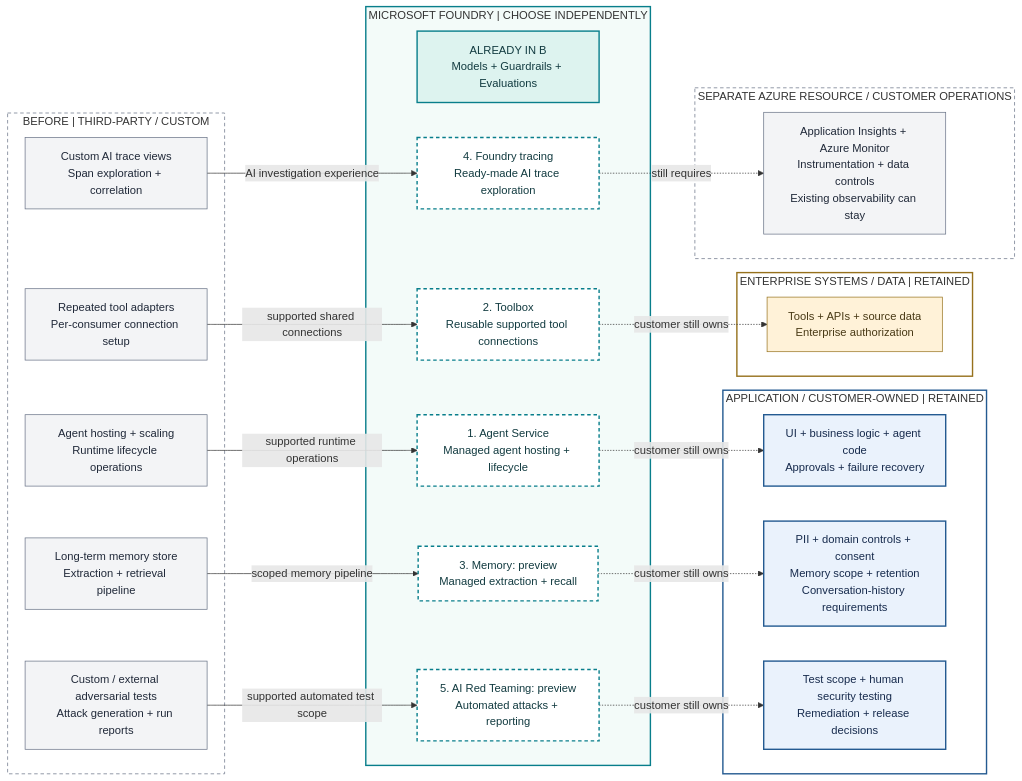
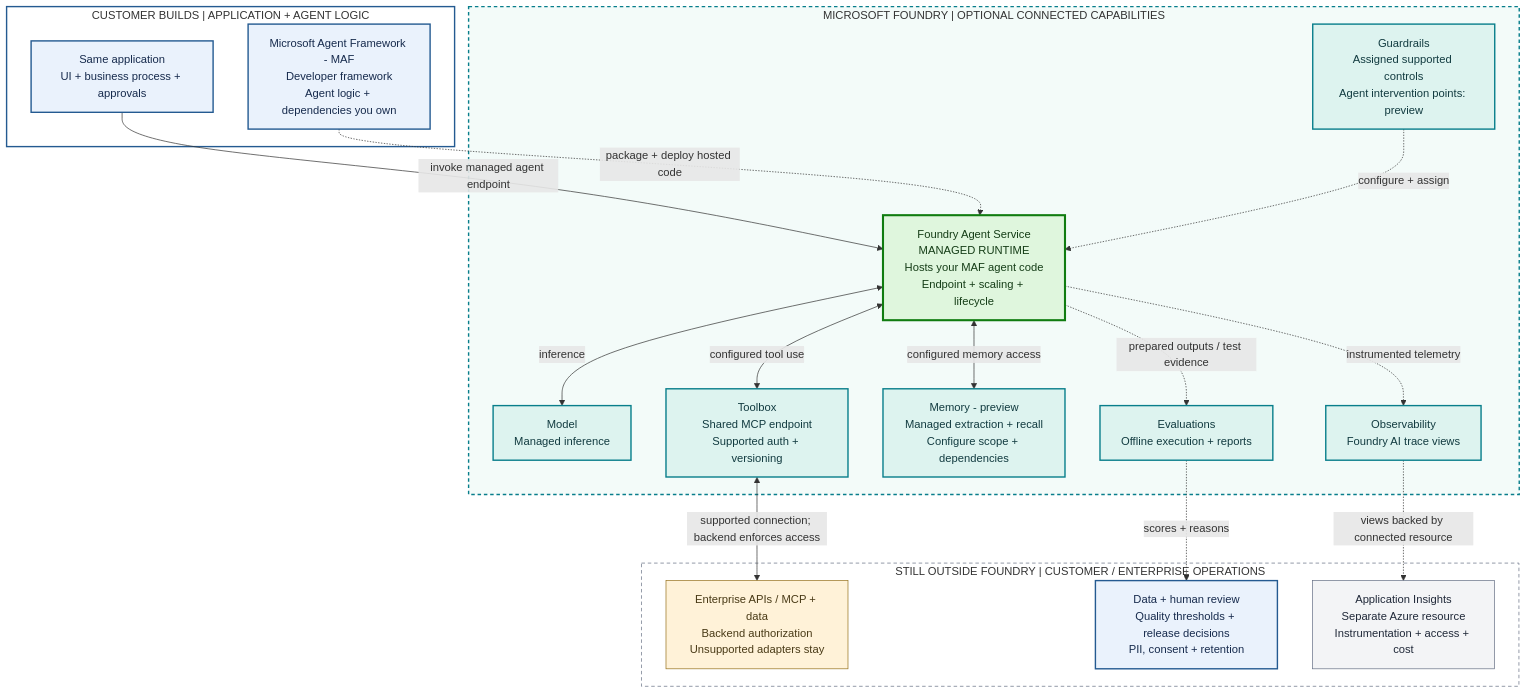
One commit to ZahraAsadiMSFT/foundry-beyond-models changed the diagram in docs/architecture/03-deeper-foundry.md. Above: the diagram before and after it, drawn with Mermaid. The commit also changed other lines of this file and 4 other files, not shown here.

Commit message:
Strengthen architecture visuals and add overview image

````diff
--- a/docs/architecture/03-deeper-foundry.md
+++ b/docs/architecture/03-deeper-foundry.md
@@ -7,54 +7,45 @@
 ```mermaid
-flowchart LR
-    subgraph EXT["BEFORE | THIRD-PARTY / CUSTOM"]
-        Hosting["Agent hosting + scaling<br/>Runtime lifecycle operations"]
-        Connections["Repeated tool adapters<br/>Per-consumer connection setup"]
-        Store["Long-term memory store<br/>Extraction + retrieval pipeline"]
-        Views["Custom AI trace views<br/>Span exploration + correlation"]
-        Attacks["Custom / external adversarial tests<br/>Attack generation + run reports"]
+flowchart TB
+    subgraph APP["CUSTOMER BUILDS | APPLICATION + AGENT LOGIC"]
+        App["Same application<br/>UI + business process + approvals"]
+        MAF["Microsoft Agent Framework - MAF<br/>Developer framework<br/>Agent logic + dependencies you own"]
     end
-    subgraph FOUNDRY["MICROSOFT FOUNDRY | CHOOSE INDEPENDENTLY"]
-        Baseline["ALREADY IN B<br/>Models + Guardrails + Evaluations"]
-        Runtime["1. Agent Service<br/>Managed agent hosting + lifecycle"]
-        Toolbox["2. Toolbox<br/>Reusable supported tool connections"]
-        Memory["3. Memory: preview<br/>Managed extraction + recall"]
-        Trace["4. Foundry tracing<br/>Ready-made AI trace exploration"]
-        Red["5. AI Red Teaming: preview<br/>Automated attacks + reporting"]
+    subgraph FOUNDRY["MICROSOFT FOUNDRY | OPTIONAL CONNECTED CAPABILITIES"]
+        Runtime["Foundry Agent Service<br/>MANAGED RUNTIME<br/>Hosts your MAF agent code<br/>Endpoint + scaling + lifecycle"]
+        Model["Model<br/>Managed inference"]
+        Policy["Guardrails<br/>Assigned supported controls<br/>Agent intervention points: preview"]
+        Toolbox["Toolbox<br/>Shared MCP endpoint<br/>Supported auth + versioning"]
+        Memory["Memory - preview<br/>Managed extraction + recall<br/>Configure scope + dependencies"]
+        Eval["Evaluations<br/>Offline execution + reports"]
+        Trace["Observability<br/>Foundry AI trace views"]
     end
-    subgraph APP["APPLICATION / CUSTOMER-OWNED | RETAINED"]
-        App["UI + business logic + agent code<br/>Approvals + failure recovery"]
-        Data["PII + domain controls + consent<br/>Memory scope + retention<br/>Conversation-history requirements"]
-        Review["Test scope + human security testing<br/>Remediation + release decisions"]
+    subgraph RETAINED["STILL OUTSIDE FOUNDRY | CUSTOMER / ENTERPRISE OPERATIONS"]
+        Tools["Enterprise APIs / MCP + data<br/>Backend authorization<br/>Unsupported adapters stay"]
+        Review["Data + human review<br/>Quality thresholds + release decisions<br/>PII, consent + retention"]
+        Monitor["Application Insights<br/>Separate Azure resource<br/>Instrumentation + access + cost"]
     end
-    subgraph ENT["ENTERPRISE SYSTEMS / DATA | RETAINED"]
-        Tools["Tools + APIs + source data<br/>Enterprise authorization"]
-    end
-    subgraph AZURE["SEPARATE AZURE RESOURCE / CUSTOMER OPERATIONS"]
-        Monitor["Application Insights + Azure Monitor<br/>Instrumentation + data controls<br/>Existing observability can stay"]
-    end
-    Hosting -->|"supported runtime operations"| Runtime
-    Connections -->|"supported shared connections"| Toolbox
-    Store -->|"scoped memory pipeline"| Memory
-    Views -->|"AI investigation experience"| Trace
-    Attacks -->|"supported automated test scope"| Red
-    Runtime -.->|"customer still owns"| App
-    Toolbox -.->|"customer still owns"| Tools
-    Memory -.->|"customer still owns"| Data
-    Trace -.->|"still requires"| Monitor
-    Red -.->|"customer still owns"| Review
+    App -->|"invoke managed agent endpoint"| Runtime
+    MAF -.->|"package + deploy hosted code"| Runtime
+    Runtime <-->|"inference"| Model
+    Policy -.->|"configure + assign"| Runtime
+    Runtime <-->|"configured tool use"| Toolbox
+    Runtime <-->|"configured memory access"| Memory
+    Runtime -.->|"prepared outputs / test evidence"| Eval
+    Runtime -.->|"instrumented telemetry"| Trace
+    Toolbox <-->|"supported connection; backend enforces access"| Tools
+    Eval -.->|"scores + reasons"| Review
+    Trace -.->|"views backed by connected resource"| Monitor
     classDef app fill:#EAF2FC,stroke:#245A91,color:#172B4D,stroke-width:2px
     classDef external fill:#F3F4F6,stroke:#667085,color:#202939
     classDef foundry fill:#DDF3EF,stroke:#087E8B,color:#123B40,stroke-width:2px
-    classDef optional fill:#FFFFFF,stroke:#087E8B,color:#123B40,stroke-width:2px,stroke-dasharray:5 4
+    classDef runtime fill:#DFF6DD,stroke:#107C10,color:#153D17,stroke-width:3px
     classDef enterprise fill:#FFF2D8,stroke:#96711C,color:#493A16
-    class App,Data,Review app
-    class Hosting,Connections,Store,Views,Attacks,Monitor external
-    class Baseline foundry
-    class Runtime,Toolbox,Memory,Trace,Red optional
+    class App,MAF,Review app
+    class Monitor external
+    class Model,Policy,Toolbox,Memory,Eval,Trace foundry
+    class Runtime runtime
     class Tools enterprise
     style APP fill:#FFFFFF,stroke:#245A91,stroke-width:2px
-    style EXT fill:#FFFFFF,stroke:#667085,stroke-dasharray:5 4
-    style FOUNDRY fill:#F3FBF9,stroke:#087E8B,stroke-width:2px
-    style ENT fill:#FFFFFF,stroke:#96711C,stroke-width:2px
-    style AZURE fill:#FFFFFF,stroke:#667085,stroke-dasharray:5 4
+    style FOUNDRY fill:#F3FBF9,stroke:#087E8B,stroke-width:2px,stroke-dasharray:5 4
+    style RETAINED fill:#FFFFFF,stroke:#667085,stroke-dasharray:5 4
 ```
````
